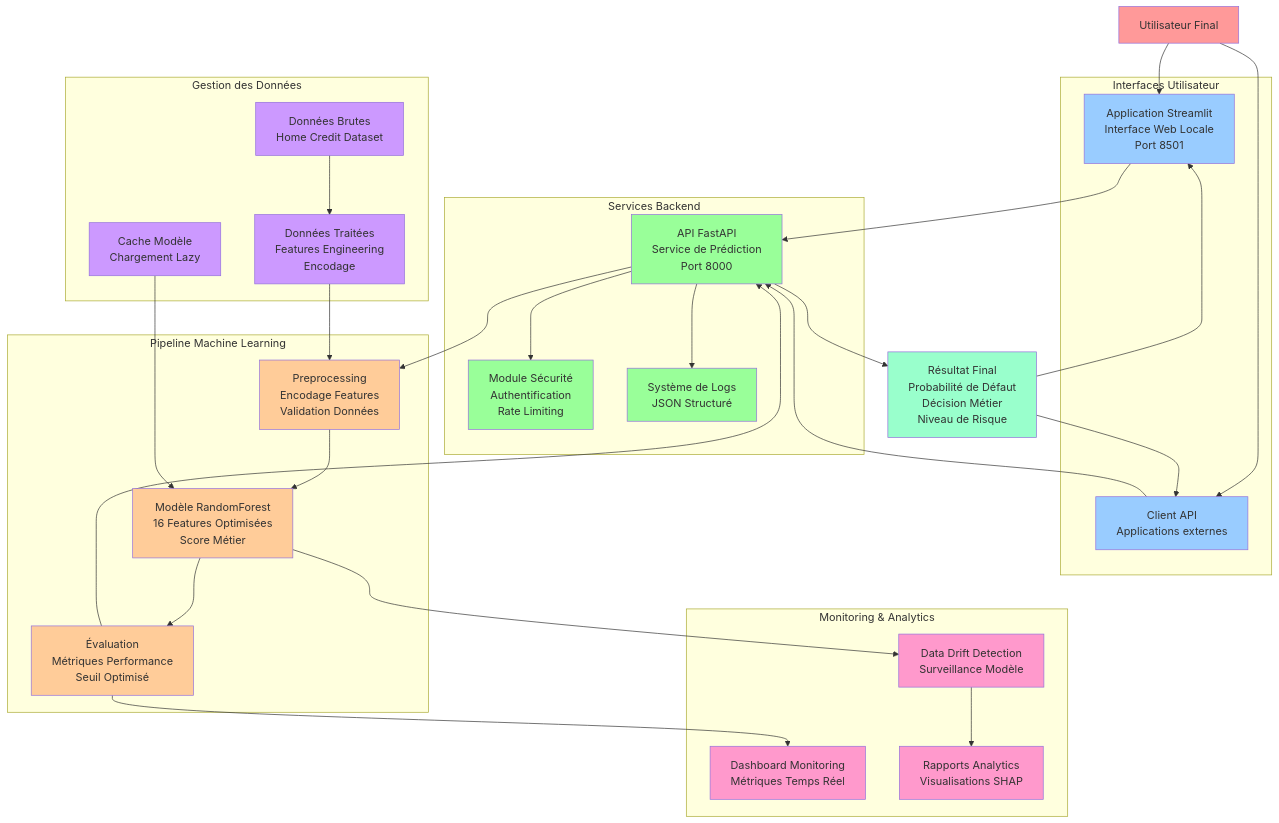
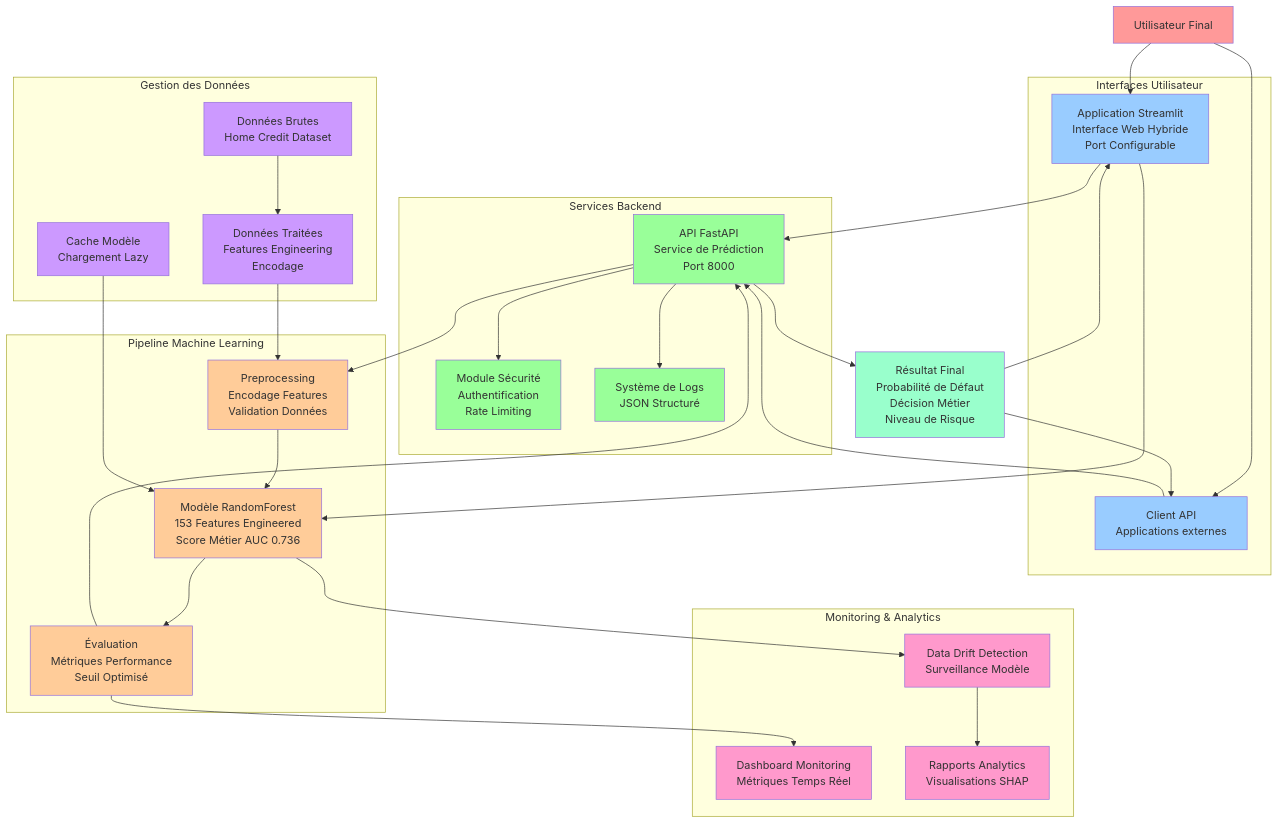
One commit to Vorkel/mn-opc-7025 changed the second of 5 diagrams in docs/architecture/ARCHITECTURE.md. Above: the diagram before and after it, drawn with Mermaid. The commit also changed other lines of this file and 6 other files, not shown here.

````diff
--- a/docs/architecture/ARCHITECTURE.md
+++ b/docs/architecture/ARCHITECTURE.md
@@ -47,80 +48,81 @@
 ```mermaid
 graph TB
     %% Utilisateur et Interfaces
     USER[Utilisateur Final]
 
     subgraph "Interfaces Utilisateur"
-        STREAMLIT[Application Streamlit<br/>Interface Web Locale<br/>Port 8501]
+        STREAMLIT[Application Streamlit<br/>Interface Web Hybride<br/>Port Configurable]
         API_CLIENT[Client API<br/>Applications externes]
     end
 
     subgraph "Services Backend"
         API[API FastAPI<br/>Service de Prédiction<br/>Port 8000]
         SECURITY[Module Sécurité<br/>Authentification<br/>Rate Limiting]
         LOGS[Système de Logs<br/>JSON Structuré]
     end
 
     subgraph "Pipeline Machine Learning"
         PREP[Preprocessing<br/>Encodage Features<br/>Validation Données]
-        MODEL[Modèle RandomForest<br/>16 Features Optimisées<br/>Score Métier]
+        MODEL[Modèle RandomForest<br/>153 Features Engineered<br/>Score Métier AUC 0.736]
         EVAL[Évaluation<br/>Métriques Performance<br/>Seuil Optimisé]
     end
 
     subgraph "Gestion des Données"
         RAW[Données Brutes<br/>Home Credit Dataset]
         PROC[Données Traitées<br/>Features Engineering<br/>Encodage]
         CACHE[Cache Modèle<br/>Chargement Lazy]
     end
 
     subgraph "Monitoring & Analytics"
         MONITOR[Dashboard Monitoring<br/>Métriques Temps Réel]
         DRIFT[Data Drift Detection<br/>Surveillance Modèle]
         REPORTS[Rapports Analytics<br/>Visualisations SHAP]
     end
 
-    %% Flux principal
+    %% Flux principal - Architecture Hybride
     USER --> STREAMLIT
     USER --> API_CLIENT
     API_CLIENT --> API
     STREAMLIT --> API
+    STREAMLIT --> MODEL
 
     %% Flux API
     API --> SECURITY
     API --> PREP
     PREP --> MODEL
     MODEL --> EVAL
     EVAL --> API
 
     %% Flux données
     RAW --> PROC
     PROC --> PREP
     CACHE --> MODEL
 
     %% Flux monitoring
     API --> LOGS
     MODEL --> DRIFT
     EVAL --> MONITOR
     DRIFT --> REPORTS
 
     %% Résultats
     API --> RESULT[Résultat Final<br/>Probabilité de Défaut<br/>Décision Métier<br/>Niveau de Risque]
     RESULT --> STREAMLIT
     RESULT --> API_CLIENT
 
     %% Styles
     classDef user fill:#ff9999
     classDef interface fill:#99ccff
     classDef service fill:#99ff99
     classDef ml fill:#ffcc99
     classDef data fill:#cc99ff
     classDef monitor fill:#ff99cc
     classDef result fill:#99ffcc
 
     class USER user
     class STREAMLIT,API_CLIENT interface
     class API,SECURITY,LOGS service
     class PREP,MODEL,EVAL ml
     class RAW,PROC,CACHE data
     class MONITOR,DRIFT,REPORTS monitor
     class RESULT result
 ```
````
